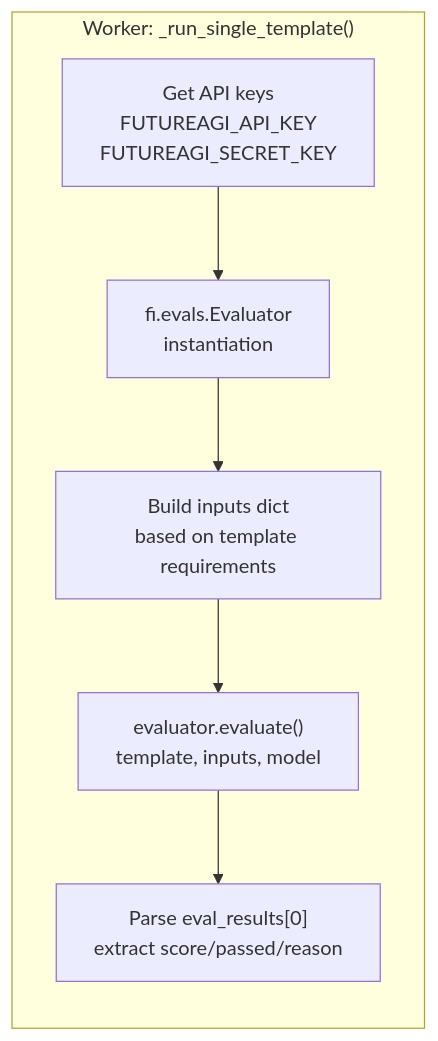
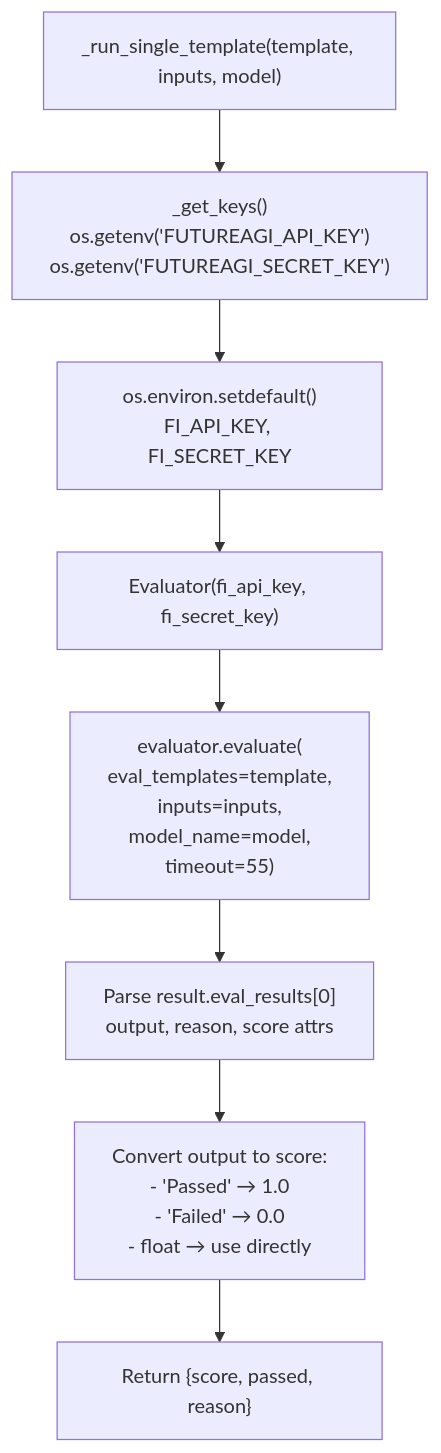
One commit to AutomatosAI/automatos-ai changed the fourth of 4 diagrams in docs/prompt-optimization/live-traffic-scoring.md. Above: the diagram before and after it, drawn with Mermaid. The commit also changed other lines of this file and 149 other files, not shown here.

Commit message:
docs: refresh documentation with graphify semantic scan

````diff
--- a/docs/prompt-optimization/live-traffic-scoring.md
+++ b/docs/prompt-optimization/live-traffic-scoring.md
@@ -229,15 +217,19 @@
 ```mermaid
-graph LR
-    subgraph "Worker: _run_single_template()"
-        GetKeys["Get API keys<br/>FUTUREAGI_API_KEY<br/>FUTUREAGI_SECRET_KEY"]
-        CreateEvaluator["fi.evals.Evaluator<br/>instantiation"]
-        BuildInputs["Build inputs dict<br/>based on template requirements"]
-        CallSDK["evaluator.evaluate()<br/>template, inputs, model"]
-        ParseResult["Parse eval_results[0]<br/>extract score/passed/reason"]
-    end
+graph TD
+    Start["_run_single_template(template, inputs, model)"]
+    GetKeys["_get_keys()<br/>os.getenv('FUTUREAGI_API_KEY')<br/>os.getenv('FUTUREAGI_SECRET_KEY')"]
+    SetEnv["os.environ.setdefault()<br/>FI_API_KEY, FI_SECRET_KEY"]
+    CreateEval["Evaluator(fi_api_key, fi_secret_key)"]
+    CallSDK["evaluator.evaluate(<br/>eval_templates=template,<br/>inputs=inputs,<br/>model_name=model,<br/>timeout=55)"]
+    ParseResult["Parse result.eval_results[0]<br/>output, reason, score attrs"]
+    ExtractScore["Convert output to score:<br/>- 'Passed' → 1.0<br/>- 'Failed' → 0.0<br/>- float → use directly"]
+    Return["Return {score, passed, reason}"]
     
-    GetKeys --> CreateEvaluator
-    CreateEvaluator --> BuildInputs
-    BuildInputs --> CallSDK
+    Start --> GetKeys
+    GetKeys --> SetEnv
+    SetEnv --> CreateEval
+    CreateEval --> CallSDK
     CallSDK --> ParseResult
+    ParseResult --> ExtractScore
+    ExtractScore --> Return
 ```
````
